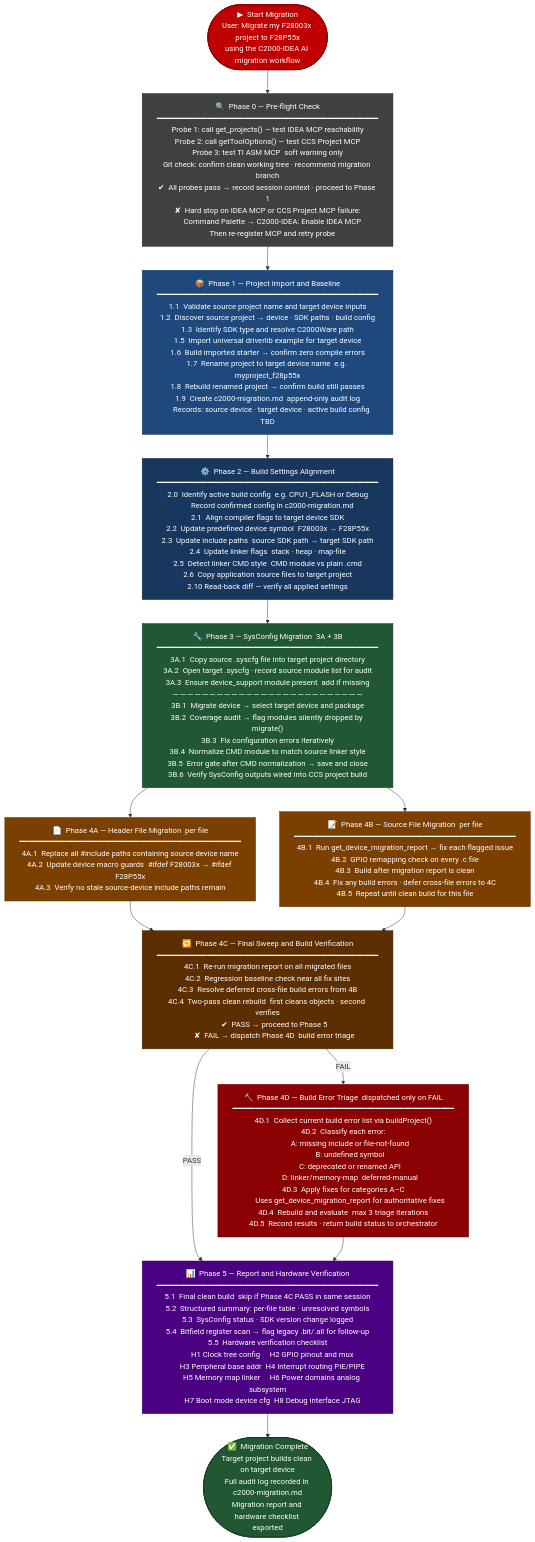
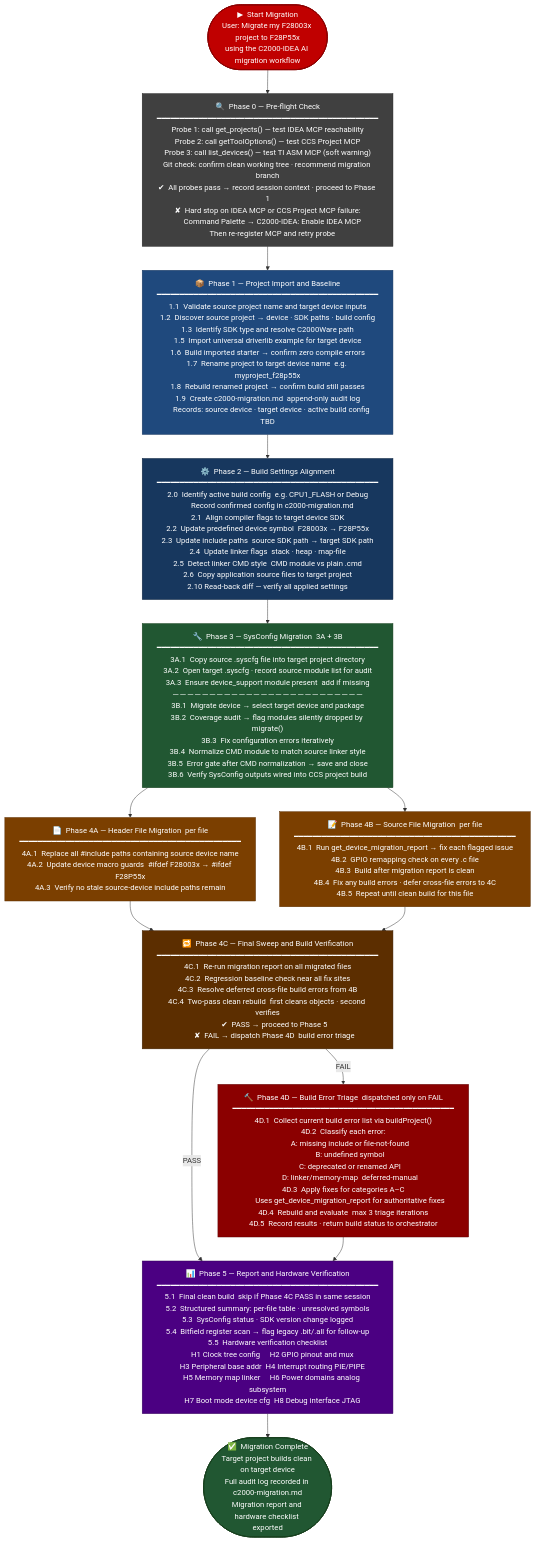
Before and after one commit to TexasInstruments/C2000-IDEA: the diagram in README.md, drawn with Mermaid.

Commit message:
README: name list_devices() for the TI ASM probe in the migration diagram
The Phase 0 diagram named the tool for the IDEA and CCS Project probes but not
the TI ASM probe. Update Probe 3 to call list_devices(), matching Phase 0 and
the style of the other probes.

Claude-Session: https://claude.ai/code/session_01MYxZ1KZKQ47izDPdB5ZYnn

````diff
--- a/README.md
+++ b/README.md
@@ -330,48 +330,48 @@
 ```mermaid
 flowchart TD
     START(["▶  Start Migration\nUser: Migrate my F28003x project to F28P55x\nusing the C2000-IDEA AI migration workflow"])
 
-    PROBE["🔍  Phase 0 — Pre-flight Check\n━━━━━━━━━━━━━━━━━━━━━━━━━━━━━━━━━━━━━━━━━━━━━━━━\nProbe 1: call get_projects() — test IDEA MCP reachability\nProbe 2: call getToolOptions() — test CCS Project MCP\nProbe 3: test TI ASM MCP  soft warning only\nGit check: confirm clean working tree · recommend migration branch\n✔  All probes pass → record session context · proceed to Phase 1\n✘  Hard stop on IDEA MCP or CCS Project MCP failure:\n     Command Palette → C2000-IDEA: Enable IDEA MCP\n     Then re-register MCP and retry probe"]
+    PROBE["🔍  Phase 0 — Pre-flight Check\n━━━━━━━━━━━━━━━━━━━━━━━━━━━━━━━━━━━━━━━━━━━━━━━━\nProbe 1: call get_projects() — test IDEA MCP reachability\nProbe 2: call getToolOptions() — test CCS Project MCP\nProbe 3: call list_devices() — test TI ASM MCP (soft warning)\nGit check: confirm clean working tree · recommend migration branch\n✔  All probes pass → record session context · proceed to Phase 1\n✘  Hard stop on IDEA MCP or CCS Project MCP failure:\n     Command Palette → C2000-IDEA: Enable IDEA MCP\n     Then re-register MCP and retry probe"]
 
     P1["📦  Phase 1 — Project Import and Baseline\n━━━━━━━━━━━━━━━━━━━━━━━━━━━━━━━━━━━━━━━━━━━━━━━━\n1.1  Validate source project name and target device inputs\n1.2  Discover source project → device · SDK paths · build config\n1.3  Identify SDK type and resolve C2000Ware path\n1.5  Import universal driverlib example for target device\n1.6  Build imported starter → confirm zero compile errors\n1.7  Rename project to target device name  e.g. myproject_f28p55x\n1.8  Rebuild renamed project → confirm build still passes\n1.9  Create c2000-migration.md  append-only audit log\n     Records: source device · target device · active build config TBD"]
 
     P2["⚙️  Phase 2 — Build Settings Alignment\n━━━━━━━━━━━━━━━━━━━━━━━━━━━━━━━━━━━━━━━━━━━━━━━━\n2.0  Identify active build config  e.g. CPU1_FLASH or Debug\n     Record confirmed config in c2000-migration.md\n2.1  Align compiler flags to target device SDK\n2.2  Update predefined device symbol  F28003x → F28P55x\n2.3  Update include paths  source SDK path → target SDK path\n2.4  Update linker flags  stack · heap · map-file\n2.5  Detect linker CMD style  CMD module vs plain .cmd\n2.6  Copy application source files to target project\n2.10 Read-back diff — verify all applied settings"]
 
     P3["🔧  Phase 3 — SysConfig Migration  3A + 3B\n━━━━━━━━━━━━━━━━━━━━━━━━━━━━━━━━━━━━━━━━━━━━━━━━\n3A.1  Copy source .syscfg file into target project directory\n3A.2  Open target .syscfg · record source module list for audit\n3A.3  Ensure device_support module present  add if missing\n─ ─ ─ ─ ─ ─ ─ ─ ─ ─ ─ ─ ─ ─ ─ ─ ─ ─ ─ ─ ─ ─ ─ ─ ─ ─\n3B.1  Migrate device → select target device and package\n3B.2  Coverage audit → flag modules silently dropped by migrate()\n3B.3  Fix configuration errors iteratively\n3B.4  Normalize CMD module to match source linker style\n3B.5  Error gate after CMD normalization → save and close\n3B.6  Verify SysConfig outputs wired into CCS project build"]
 
     P4H["📄  Phase 4A — Header File Migration  per file\n━━━━━━━━━━━━━━━━━━━━━━━━━━━━━━━━━━━━━━━━━━━━━━━━\n4A.1  Replace all #include paths containing source device name\n4A.2  Update device macro guards  #ifdef F28003x → #ifdef F28P55x\n4A.3  Verify no stale source-device include paths remain"]
 
     P4S["📝  Phase 4B — Source File Migration  per file\n━━━━━━━━━━━━━━━━━━━━━━━━━━━━━━━━━━━━━━━━━━━━━━━━\n4B.1  Run get_device_migration_report → fix each flagged issue\n4B.2  GPIO remapping check on every .c file\n4B.3  Build after migration report is clean\n4B.4  Fix any build errors · defer cross-file errors to 4C\n4B.5  Repeat until clean build for this file"]
 
     P4C["🔁  Phase 4C — Final Sweep and Build Verification\n━━━━━━━━━━━━━━━━━━━━━━━━━━━━━━━━━━━━━━━━━━━━━━━━\n4C.1  Re-run migration report on all migrated files\n4C.2  Regression baseline check near all fix sites\n4C.3  Resolve deferred cross-file build errors from 4B\n4C.4  Two-pass clean rebuild  first cleans objects · second verifies\n       ✔  PASS → proceed to Phase 5\n       ✘  FAIL → dispatch Phase 4D  build error triage"]
 
     P4D["🔨  Phase 4D — Build Error Triage  dispatched only on FAIL\n━━━━━━━━━━━━━━━━━━━━━━━━━━━━━━━━━━━━━━━━━━━━━━━━\n4D.1  Collect current build error list via buildProject()\n4D.2  Classify each error:\n       A: missing include or file-not-found\n       B: undefined symbol\n       C: deprecated or renamed API\n       D: linker/memory-map  deferred-manual\n4D.3  Apply fixes for categories A–C\n       Uses get_device_migration_report for authoritative fixes\n4D.4  Rebuild and evaluate  max 3 triage iterations\n4D.5  Record results · return build status to orchestrator"]
 
     P5["📊  Phase 5 — Report and Hardware Verification\n━━━━━━━━━━━━━━━━━━━━━━━━━━━━━━━━━━━━━━━━━━━━━━━━\n5.1  Final clean build  skip if Phase 4C PASS in same session\n5.2  Structured summary: per-file table · unresolved symbols\n5.3  SysConfig status · SDK version change logged\n5.4  Bitfield register scan → flag legacy .bit/.all for follow-up\n5.5  Hardware verification checklist\n     H1 Clock tree config     H2 GPIO pinout and mux\n     H3 Peripheral base addr  H4 Interrupt routing PIE/PIPE\n     H5 Memory map linker     H6 Power domains analog subsystem\n     H7 Boot mode device cfg  H8 Debug interface JTAG"]
 
     DONE(["✅  Migration Complete\nTarget project builds clean on target device\nFull audit log recorded in c2000-migration.md\nMigration report and hardware checklist exported"])
 
     START --> PROBE
     PROBE --> P1
     P1    --> P2
     P2    --> P3
     P3    --> P4H & P4S
     P4H   --> P4C
     P4S   --> P4C
     P4C   -->|"PASS"| P5
     P4C   -->|"FAIL"| P4D
     P4D   --> P5
     P5    --> DONE
 
     style START fill:#C00000,color:#ffffff,stroke:#8B0000,stroke-width:2px
     style PROBE fill:#404040,color:#ffffff,stroke:#202020,stroke-width:1px
     style P1    fill:#1F497D,color:#ffffff,stroke:#17375E,stroke-width:1px
     style P2    fill:#17375E,color:#ffffff,stroke:#0F243E,stroke-width:1px
     style P3    fill:#215732,color:#ffffff,stroke:#17401E,stroke-width:1px
     style P4H   fill:#7B3F00,color:#ffffff,stroke:#5C2E00,stroke-width:1px
     style P4S   fill:#7B3F00,color:#ffffff,stroke:#5C2E00,stroke-width:1px
     style P4C   fill:#5C2E00,color:#ffffff,stroke:#3D1E00,stroke-width:1px
     style P4D   fill:#8B0000,color:#ffffff,stroke:#5C0000,stroke-width:1px
     style P5    fill:#4B0082,color:#ffffff,stroke:#320057,stroke-width:1px
     style DONE  fill:#215732,color:#ffffff,stroke:#17401E,stroke-width:2px
 ```
````
